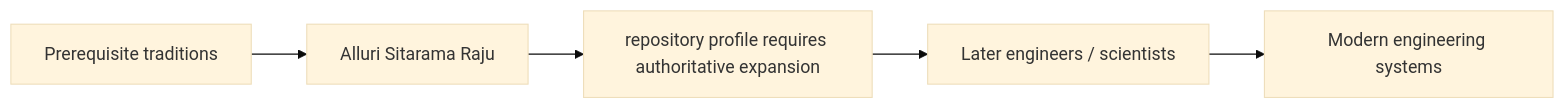
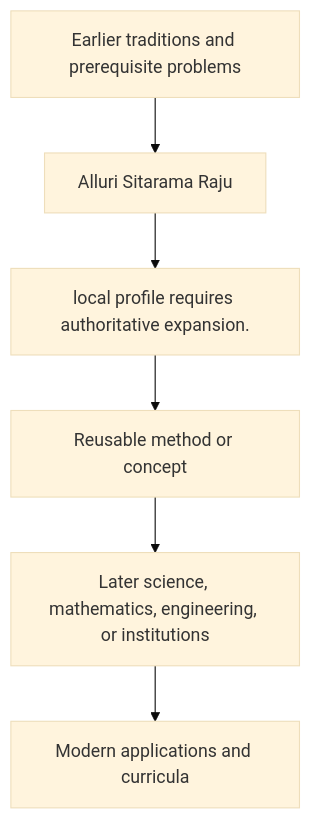
One commit to via-decide/ViaLogic changed the diagram in docs/history/alluri-sitarama-raju/influence.md. Above: the diagram before and after it, drawn with Mermaid (base theme). The commit also changed other lines of this file and 858 other files, not shown here.

````diff
--- a/docs/history/alluri-sitarama-raju/influence.md
+++ b/docs/history/alluri-sitarama-raju/influence.md
@@ -29,7 +16,8 @@
 ```mermaid
-graph LR
-  prerequisites["Prerequisite traditions"] --> current["Alluri Sitarama Raju"]
-  current --> contribution["repository profile requires authoritative expansion"]
-  contribution --> successors["Later engineers / scientists"]
-  successors --> modern["Modern engineering systems"]
+graph TD
+  Prior[Earlier traditions and prerequisite problems] --> Person[Alluri Sitarama Raju]
+  Person --> Contribution[local profile requires authoritative expansion.]
+  Contribution --> Method[Reusable method or concept]
+  Method --> Later[Later science, mathematics, engineering, or institutions]
+  Later --> Modern[Modern applications and curricula]
 ```
````
